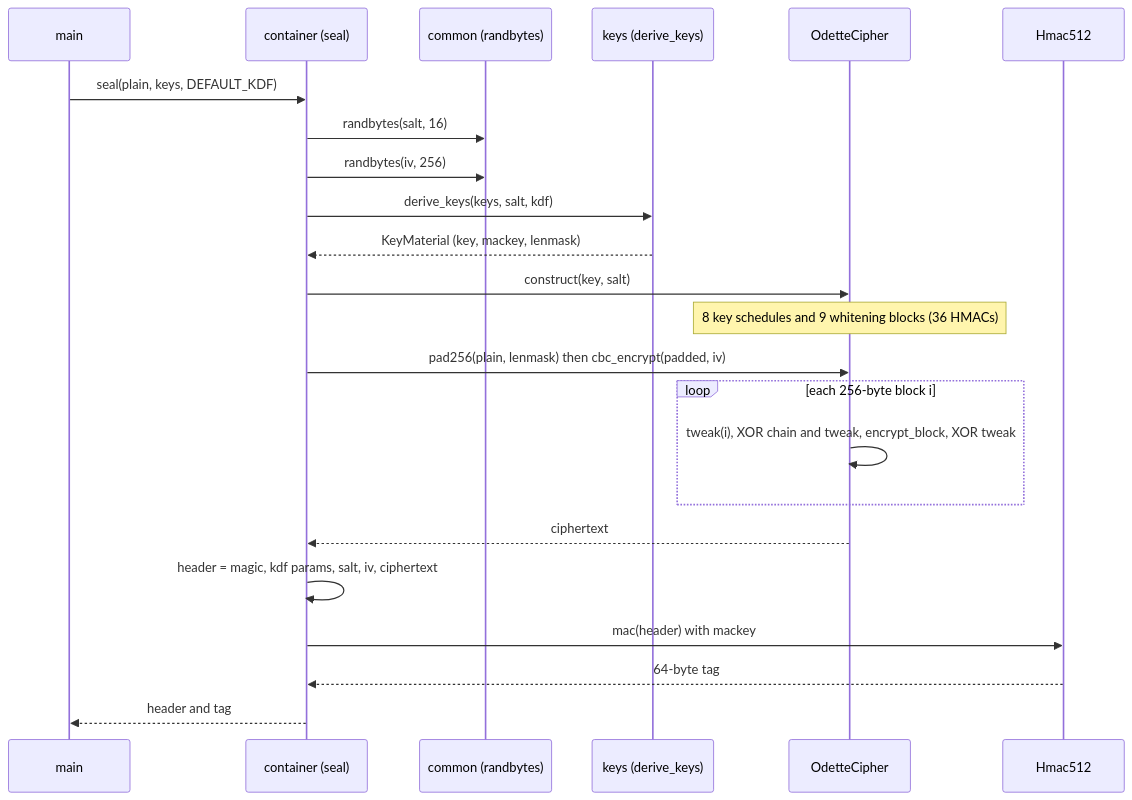
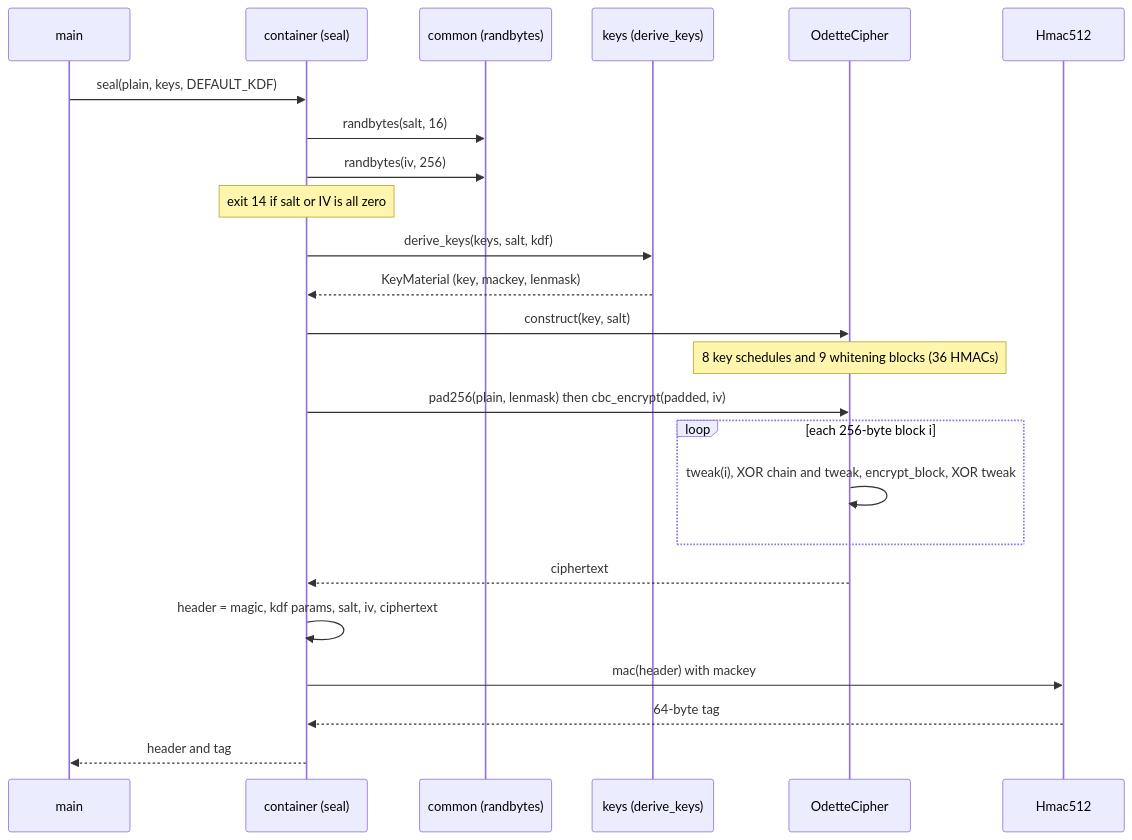
Before and after one commit to avw1ein/odette: the fourth of 10 diagrams in STRUCTURE.md, drawn with Mermaid. The commit also changed other lines of this file and 21 other files, not shown here.

````diff
--- a/STRUCTURE.md
+++ b/STRUCTURE.md
@@ -199,26 +201,27 @@
 ```mermaid
 sequenceDiagram
     participant M as main
     participant C as container (seal)
     participant R as common (randbytes)
     participant K as keys (derive_keys)
     participant O as OdetteCipher
     participant H as Hmac512
 
     M->>C: seal(plain, keys, DEFAULT_KDF)
     C->>R: randbytes(salt, 16)
     C->>R: randbytes(iv, 256)
+    Note over C: exit 14 if salt or IV is all zero
     C->>K: derive_keys(keys, salt, kdf)
     K-->>C: KeyMaterial (key, mackey, lenmask)
     C->>O: construct(key, salt)
     Note over O: 8 key schedules and 9 whitening blocks (36 HMACs)
     C->>O: pad256(plain, lenmask) then cbc_encrypt(padded, iv)
     loop each 256-byte block i
         O->>O: tweak(i), XOR chain and tweak, encrypt_block, XOR tweak
     end
     O-->>C: ciphertext
     C->>C: header = magic, kdf params, salt, iv, ciphertext
     C->>H: mac(header) with mackey
     H-->>C: 64-byte tag
     C-->>M: header and tag
 ```
````
